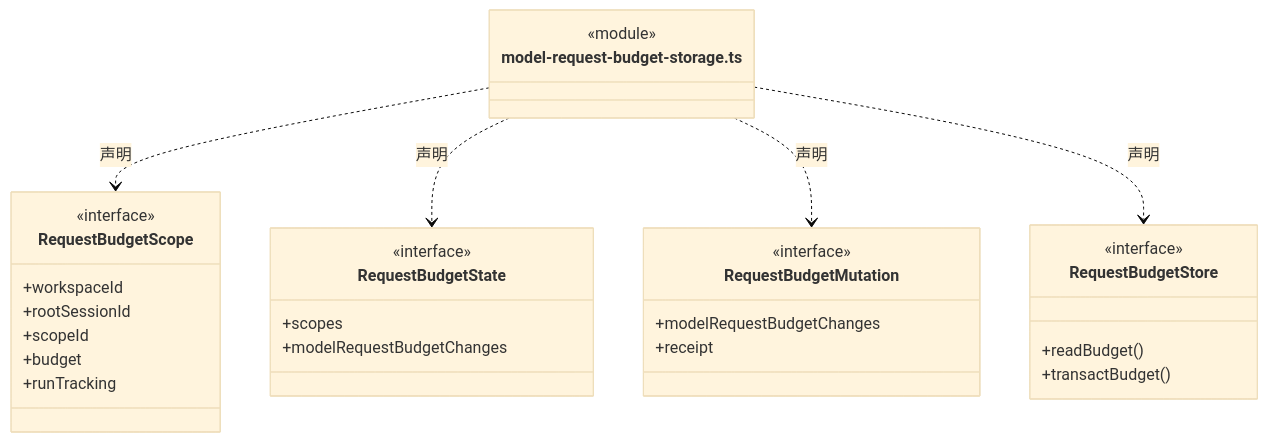
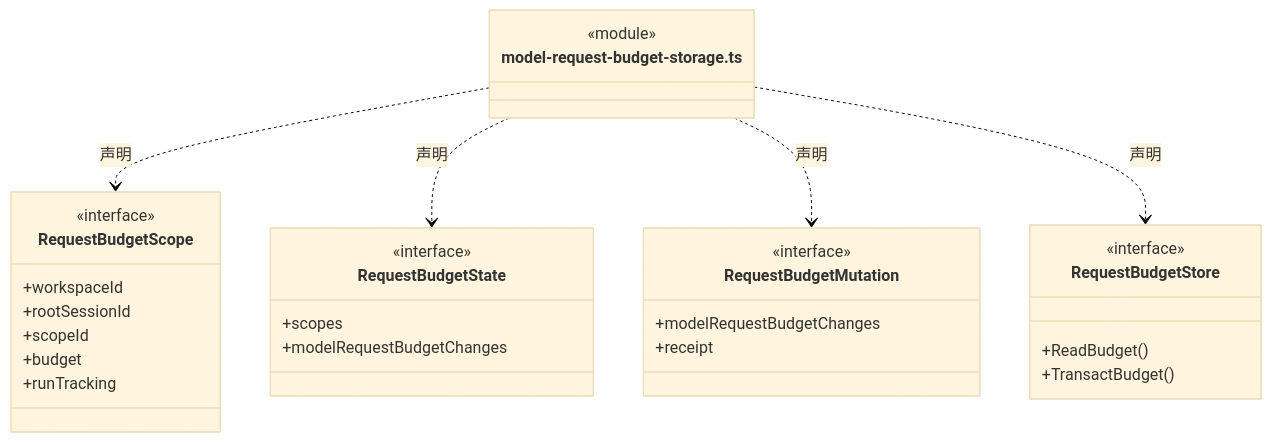
The third of 19 diagrams in src/logic/budget/rules/ARCHITECTURE.md (nan023062/cbim), drawn with Mermaid (base theme) before and after one commit. The commit also changed other lines of this file and 1035 other files, not shown here.

````diff
--- a/src/logic/budget/rules/ARCHITECTURE.md
+++ b/src/logic/budget/rules/ARCHITECTURE.md
@@ -62,33 +62,33 @@
 ```mermaid
 classDiagram
 class N_src_logic_budget_rules_model_request_budget_storage_ts["model-request-budget-storage.ts"] {
   <<module>>
 }
 class N_src_logic_budget_rules_model_request_budget_storage_ts_RequestBudgetScope["RequestBudgetScope"] {
   <<interface>>
   +workspaceId
   +rootSessionId
   +scopeId
   +budget
   +runTracking
 }
 N_src_logic_budget_rules_model_request_budget_storage_ts ..> N_src_logic_budget_rules_model_request_budget_storage_ts_RequestBudgetScope : 声明
 class N_src_logic_budget_rules_model_request_budget_storage_ts_RequestBudgetState["RequestBudgetState"] {
   <<interface>>
   +scopes
   +modelRequestBudgetChanges
 }
 N_src_logic_budget_rules_model_request_budget_storage_ts ..> N_src_logic_budget_rules_model_request_budget_storage_ts_RequestBudgetState : 声明
 class N_src_logic_budget_rules_model_request_budget_storage_ts_RequestBudgetMutation["RequestBudgetMutation"] {
   <<interface>>
   +modelRequestBudgetChanges
   +receipt
 }
 N_src_logic_budget_rules_model_request_budget_storage_ts ..> N_src_logic_budget_rules_model_request_budget_storage_ts_RequestBudgetMutation : 声明
 class N_src_logic_budget_rules_model_request_budget_storage_ts_RequestBudgetStore["RequestBudgetStore"] {
   <<interface>>
-  +readBudget()
-  +transactBudget()
+  +ReadBudget()
+  +TransactBudget()
 }
 N_src_logic_budget_rules_model_request_budget_storage_ts ..> N_src_logic_budget_rules_model_request_budget_storage_ts_RequestBudgetStore : 声明
 ```
````
